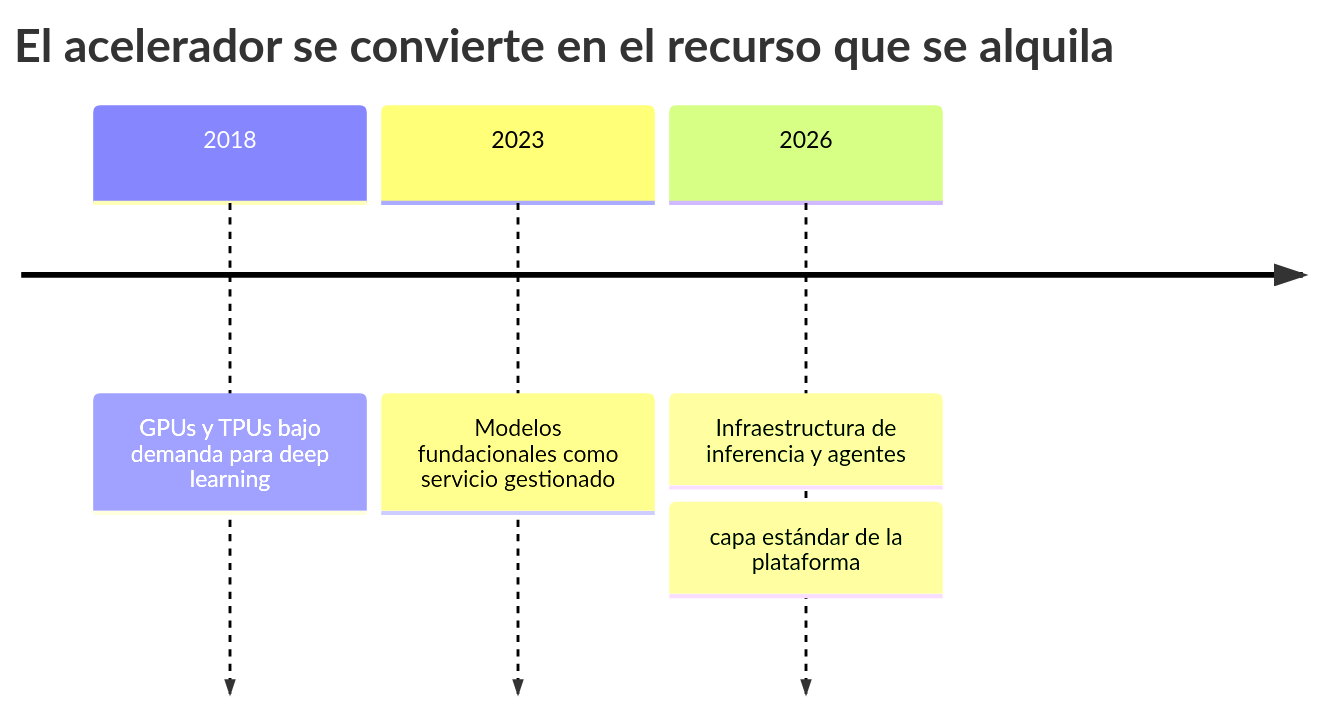
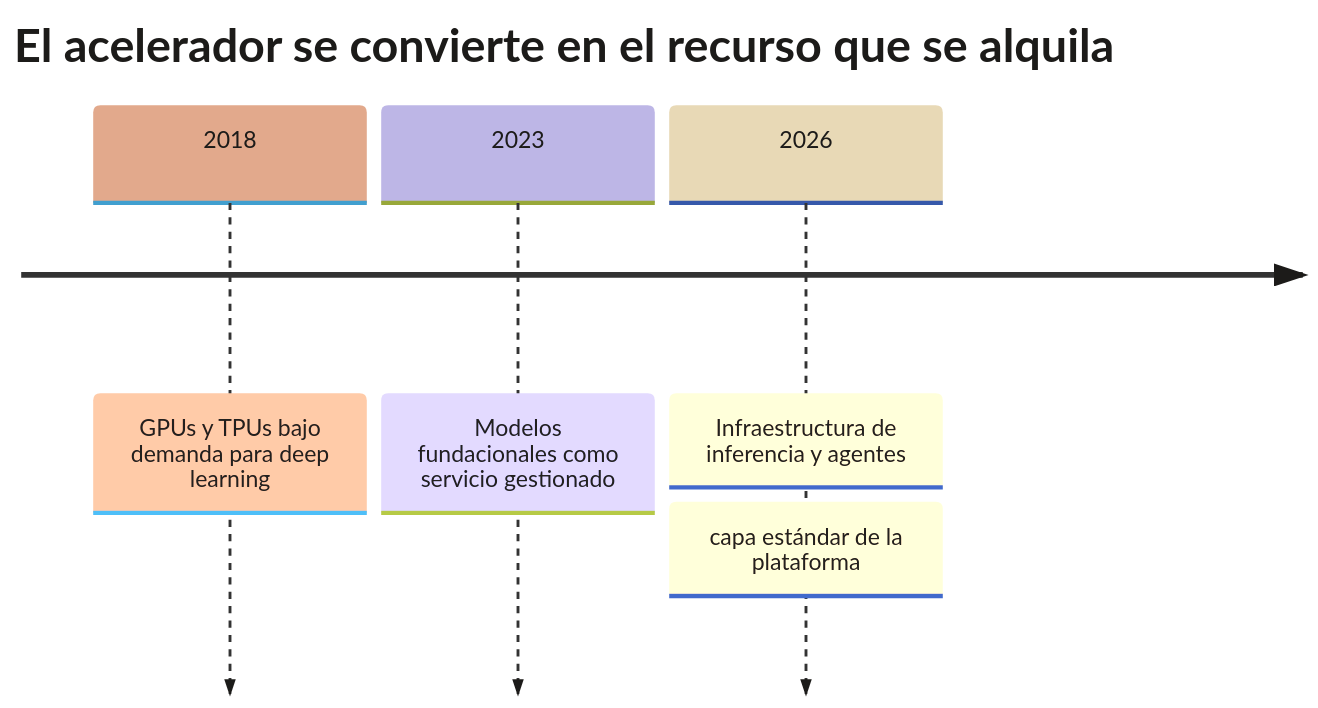
Before and after one commit to danielxxi/cloud-and-IA-para-todos: the third of 5 diagrams in docs/modulos/01-fundamentos-nube.md, drawn with Mermaid. The commit also changed other lines of this file and 1 other file, not shown here.

First line of the commit message:
fix(diagramas): tinta oscura legible en las lineas de tiempo

````diff
--- a/docs/modulos/01-fundamentos-nube.md
+++ b/docs/modulos/01-fundamentos-nube.md
@@ -72,8 +74,9 @@
     ```mermaid
+    %%{init:{"theme":"base","themeVariables":{"fontFamily":"Inter, sans-serif","textColor":"#1c1b19","lineColor":"#8d8676","cScale0":"#e2a98c","cScaleLabel0":"#1c1b19","cScale1":"#bdb6e6","cScaleLabel1":"#1c1b19","cScale2":"#e8d9b6","cScaleLabel2":"#1c1b19","cScale3":"#b5d0c3","cScaleLabel3":"#1c1b19","cScale4":"#e6cfc0","cScaleLabel4":"#1c1b19","cScale5":"#cddcea","cScaleLabel5":"#1c1b19"}}}%%
     timeline
         title El acelerador se convierte en el recurso que se alquila
         2018 : GPUs y TPUs bajo demanda para deep learning
         2023 : Modelos fundacionales como servicio gestionado
         2026 : Infraestructura de inferencia y agentes
              : capa estándar de la plataforma
     ```
````
